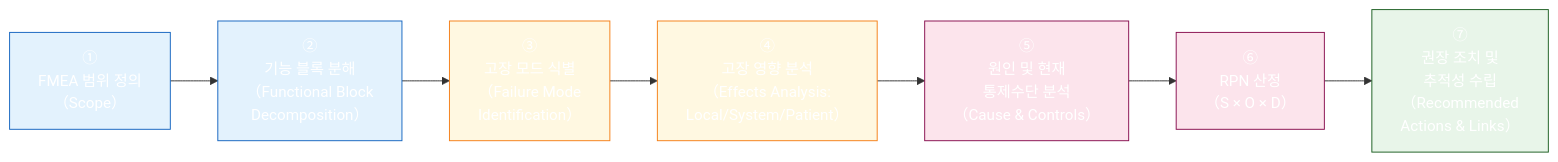
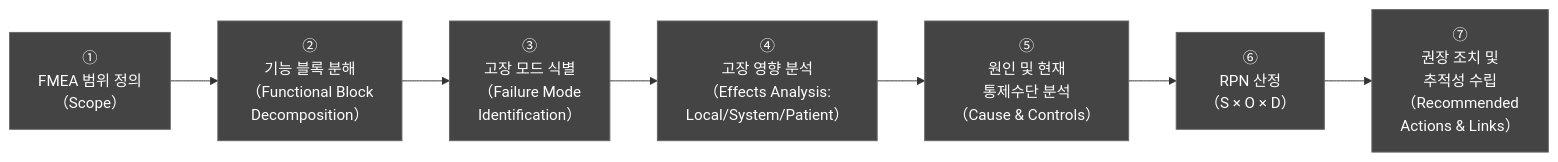
Before and after one commit to holee9/console-gui: the second of 11 diagrams in docs/risk/DOC-009_FMEA_v1.0.md, drawn with Mermaid. The commit also changed other lines of this file and 35 other files, not shown here.

First line of the commit message:
fix: 전체 Mermaid 차트 색상 진한 회색 통일

````diff
--- a/docs/risk/DOC-009_FMEA_v1.0.md
+++ b/docs/risk/DOC-009_FMEA_v1.0.md
@@ -145,19 +145,19 @@
 ```mermaid
 flowchart LR
     classDef default fill:#444,stroke:#666,color:#fff
     S1["①\nFMEA 범위 정의\n（Scope）"] --> S2
     S2["②\n기능 블록 분해\n（Functional Block\nDecomposition）"] --> S3
     S3["③\n고장 모드 식별\n（Failure Mode\nIdentification）"] --> S4
     S4["④\n고장 영향 분석\n（Effects Analysis:\nLocal/System/Patient）"] --> S5
     S5["⑤\n원인 및 현재\n통제수단 분석\n（Cause & Controls）"] --> S6
     S6["⑥\nRPN 산정\n（S × O × D）"] --> S7
     S7["⑦\n권장 조치 및\n추적성 수립\n（Recommended\nActions & Links）"]
 
-    style S1 fill:#e3f2fd,stroke:#1565C0
-    style S2 fill:#e3f2fd,stroke:#1565C0
-    style S3 fill:#fff8e1,stroke:#F57F17
-    style S4 fill:#fff8e1,stroke:#F57F17
-    style S5 fill:#fce4ec,stroke:#880E4F
-    style S6 fill:#fce4ec,stroke:#880E4F
-    style S7 fill:#e8f5e9,stroke:#1B5E20
+    style S1 fill:#444,stroke:#666
+    style S2 fill:#444,stroke:#666
+    style S3 fill:#444,stroke:#666
+    style S4 fill:#444,stroke:#666
+    style S5 fill:#444,stroke:#666
+    style S6 fill:#444,stroke:#666
+    style S7 fill:#444,stroke:#666
 ```
````
